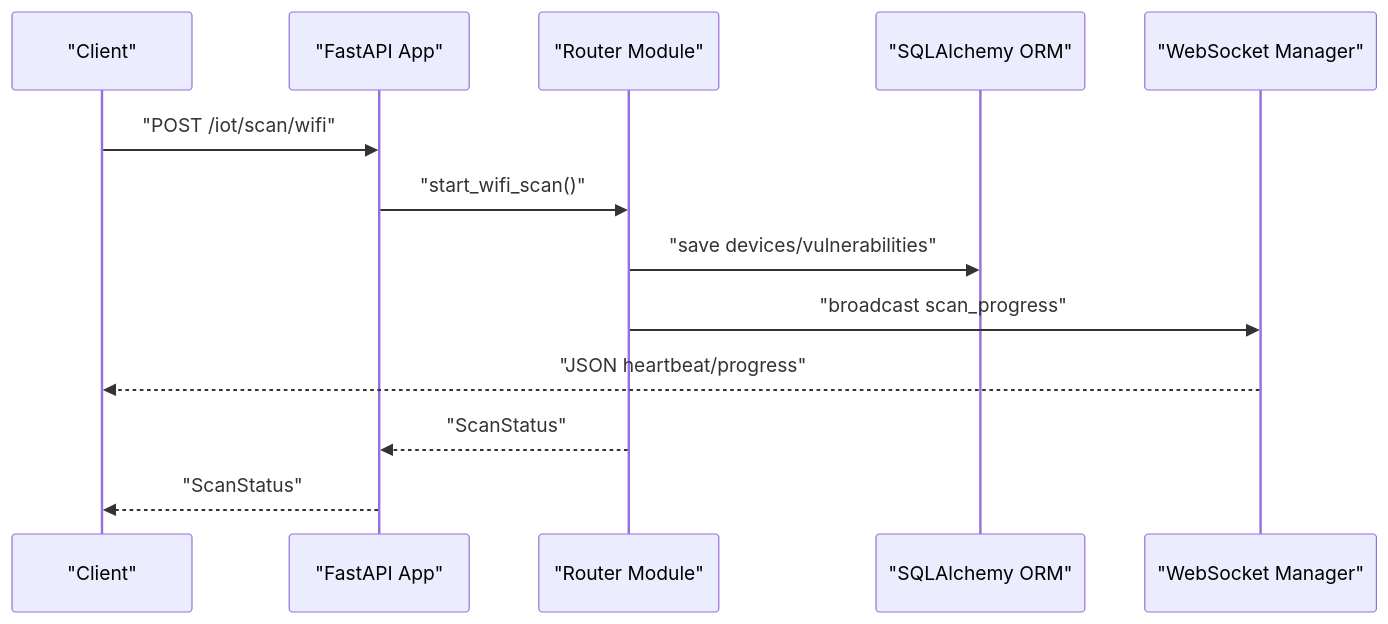
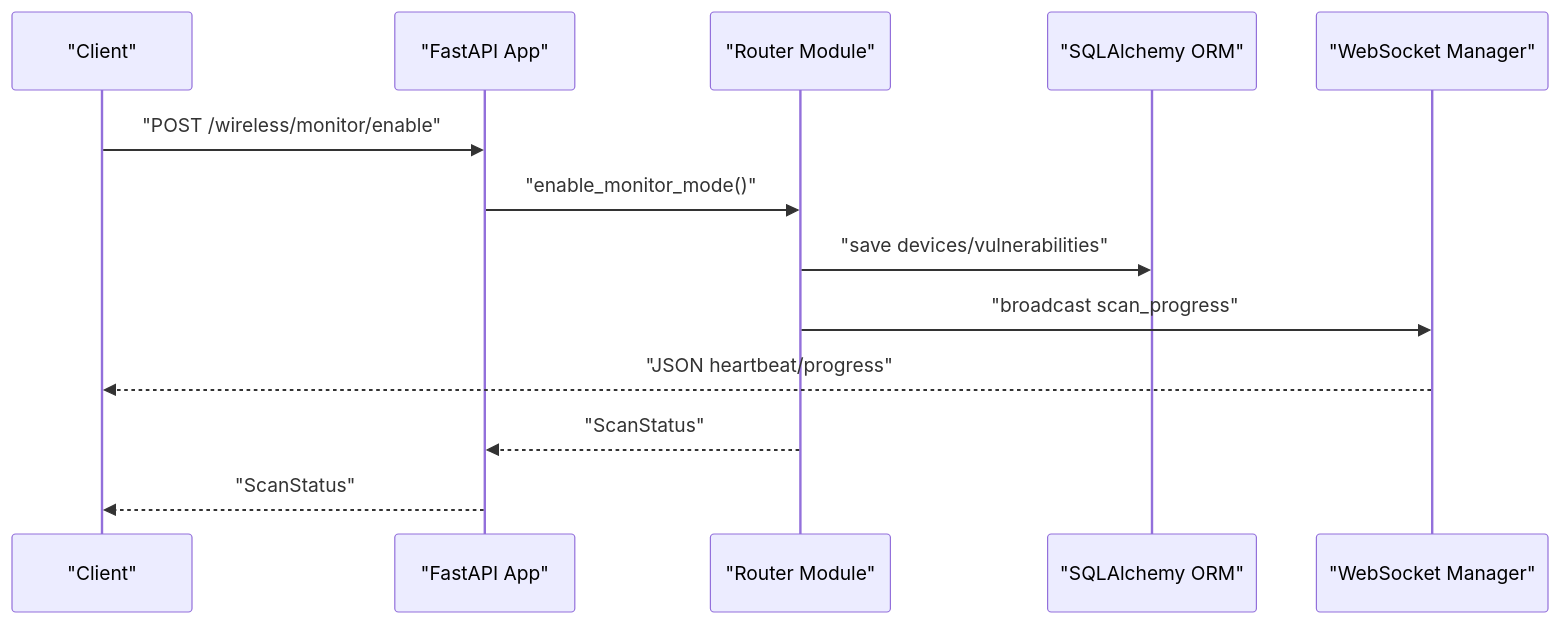
The second of 9 diagrams in .qoder/repowiki/en/content/API Reference/API Reference.md (MohandWaleed3/PentexOne), drawn with Mermaid before and after one commit. The commit also changed other lines of this file and 5 other files, not shown here.

````diff
--- a/.qoder/repowiki/en/content/API Reference/API Reference.md
+++ b/.qoder/repowiki/en/content/API Reference/API Reference.md
@@ -96,15 +86,15 @@
 ```mermaid
 sequenceDiagram
 participant Client as "Client"
 participant API as "FastAPI App"
 participant Router as "Router Module"
 participant DB as "SQLAlchemy ORM"
 participant WS as "WebSocket Manager"
-Client->>API : "POST /iot/scan/wifi"
-API->>Router : "start_wifi_scan()"
+Client->>API : "POST /wireless/monitor/enable"
+API->>Router : "enable_monitor_mode()"
 Router->>DB : "save devices/vulnerabilities"
 Router->>WS : "broadcast scan_progress"
 WS-->>Client : "JSON heartbeat/progress"
 Router-->>API : "ScanStatus"
 API-->>Client : "ScanStatus"
 ```
````
